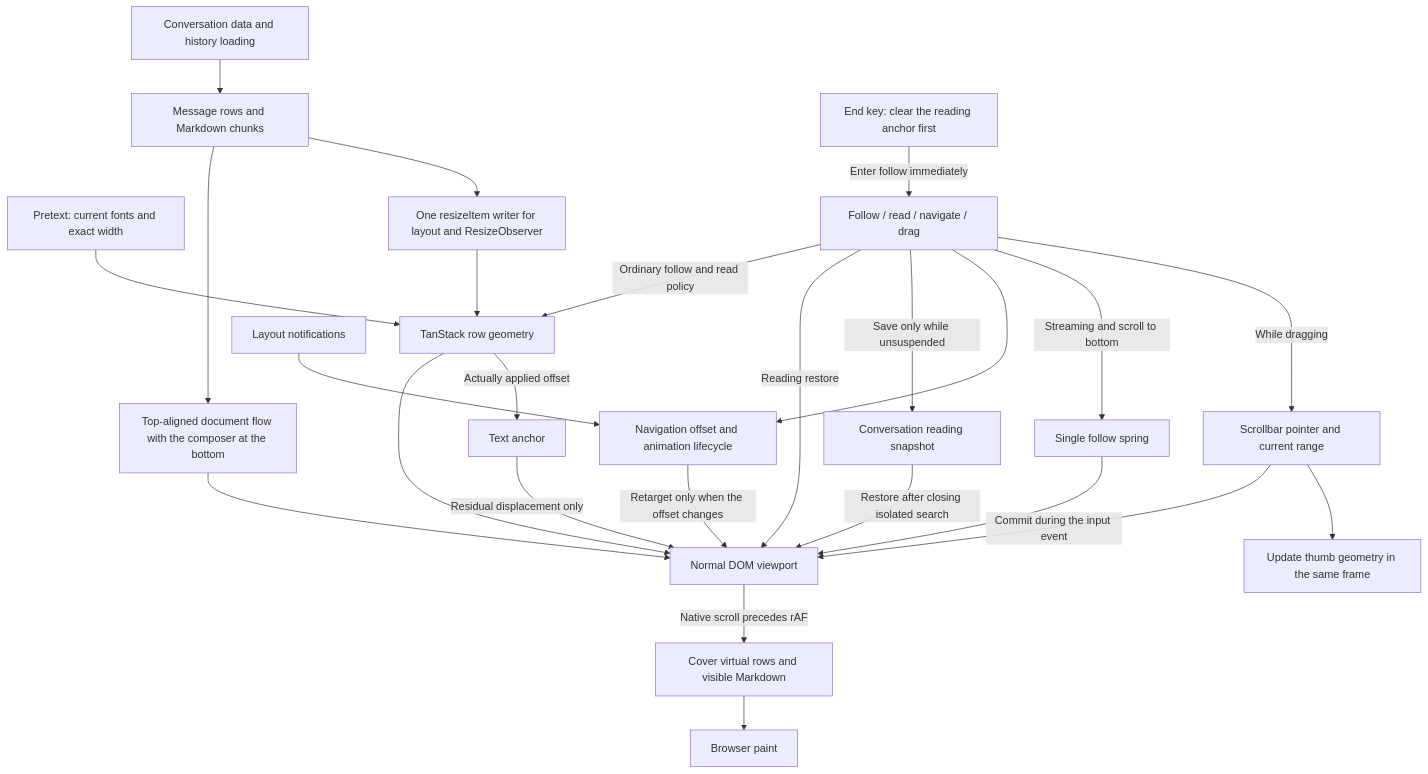
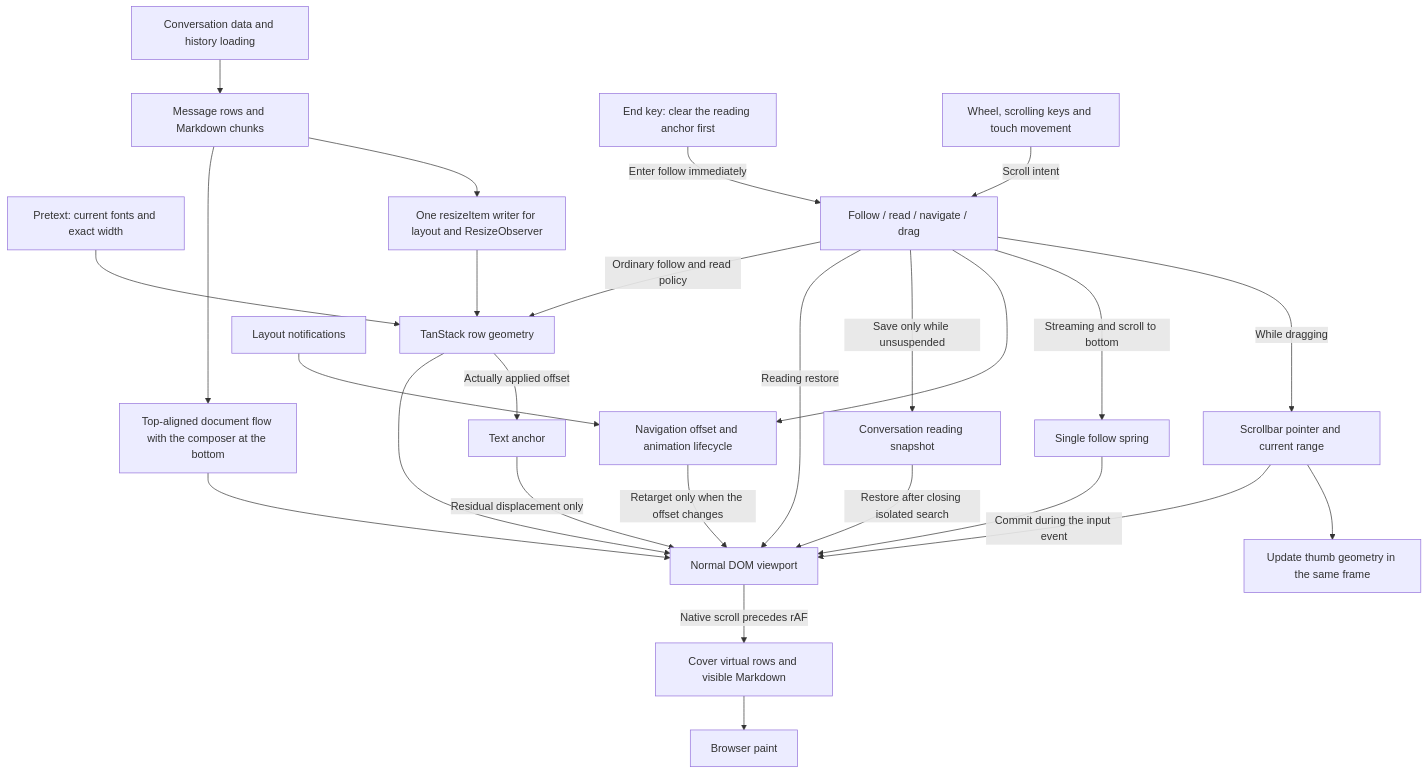
One commit to wecode-ai/Wegent changed the diagram in docs/en/wegent/developer-guide/wework-message-scroll.md. Above: the diagram before and after it, drawn with Mermaid. The commit also changed other lines of this file and 5 other files, not shown here.

````diff
--- a/docs/en/wegent/developer-guide/wework-message-scroll.md
+++ b/docs/en/wegent/developer-guide/wework-message-scroll.md
@@ -9,27 +9,28 @@
 ```mermaid
 flowchart TD
   Messages[Conversation data and history loading] --> Rows[Message rows and Markdown chunks]
   Rows --> Flow[Top-aligned document flow with the composer at the bottom]
   Flow --> Viewport
   Pretext[Pretext: current fonts and exact width] --> Engine[TanStack row geometry]
   Rows --> Measure[One resizeItem writer for layout and ResizeObserver]
   Measure --> Engine
   Engine --> Viewport[Normal DOM viewport]
   Controller[Follow / read / navigate / drag] -->|Ordinary follow and read policy| Engine
   End[End key: clear the reading anchor first] -->|Enter follow immediately| Controller
+  Input[Wheel, scrolling keys and touch movement] -->|Scroll intent| Controller
   Controller -->|Reading restore| Viewport
   Controller -->|Save only while unsuspended| Snapshot[Conversation reading snapshot]
   Snapshot -->|Restore after closing isolated search| Viewport
   Controller --> Navigation[Navigation offset and animation lifecycle]
   Layout[Layout notifications] --> Navigation
   Navigation -->|Retarget only when the offset changes| Viewport
   Controller -->|Streaming and scroll to bottom| Spring[Single follow spring]
   Controller -->|While dragging| Pointer[Scrollbar pointer and current range]
   Pointer -->|Commit during the input event| Viewport
   Pointer --> Thumb[Update thumb geometry in the same frame]
   Viewport -->|Native scroll precedes rAF| Coverage[Cover virtual rows and visible Markdown]
   Coverage --> Paint[Browser paint]
   Engine -->|Actually applied offset| TextAnchor[Text anchor]
   TextAnchor -->|Residual displacement only| Viewport
   Spring --> Viewport
 ```
````
